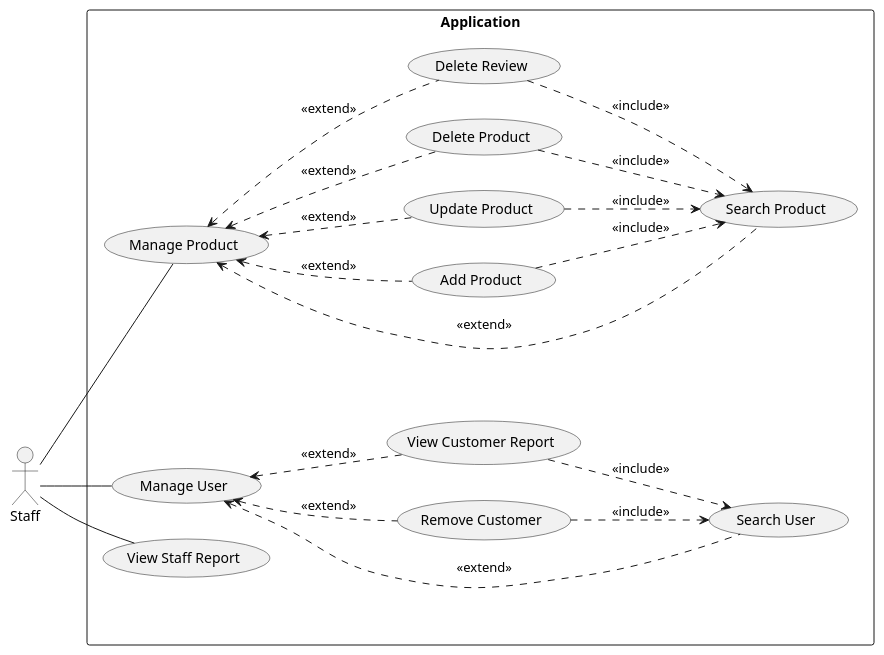
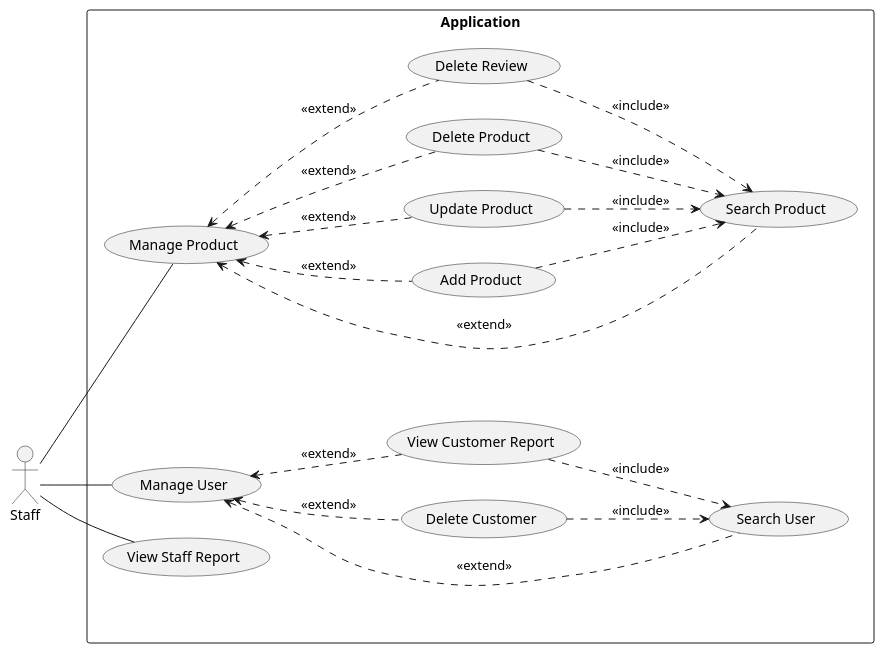
Before and after one commit to electricilies/electricilies.github.io: the diagram in docs/docs/use-case/staff.md, drawn with PlantUML. The commit also changed 20 other files, not shown here.

````diff
--- a/docs/docs/use-case/staff.md
+++ b/docs/docs/use-case/staff.md
@@ -3,40 +3,40 @@
 ```plantuml
 @startuml
 left to right direction
 actor Staff
 
 rectangle "Application" {
   usecase UC01 as "Manage Product"
   usecase UC02 as "Search Product"
   usecase UC03 as "Add Product"
   usecase UC04 as "Update Product"
   usecase UC05 as "Delete Product"
   usecase UC06 as "Delete Review"
   usecase UC07 as "Manage User"
   usecase UC08 as "Search User"
-  usecase UC09 as "Remove Customer"
+  usecase UC09 as "Delete Customer"
   usecase UC10 as "View Customer Report"
   usecase UC11 as "View Staff Report"
 }
 
 Staff -- UC01
 Staff -- UC07
 Staff -- UC11
 
 UC01 <.. UC02 : <<extend>>
 UC01 <.. UC03 : <<extend>>
 UC01 <.. UC04 : <<extend>>
 UC01 <.. UC05 : <<extend>>
 UC01 <.. UC06 : <<extend>>
 UC03 ..> UC02 : <<include>>
 UC04 ..> UC02 : <<include>>
 UC05 ..> UC02 : <<include>>
 UC06 ..> UC02 : <<include>>
 UC07 <.. UC08 : <<extend>>
 UC07 <.. UC09 : <<extend>>
 UC07 <.. UC10 : <<extend>>
 UC09 ..> UC08 : <<include>>
 UC10 ..> UC08 : <<include>>
 
 @enduml
 ```
````
